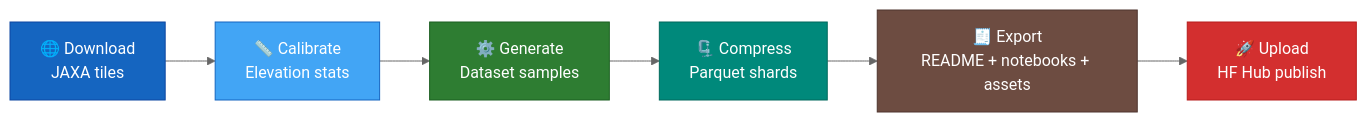
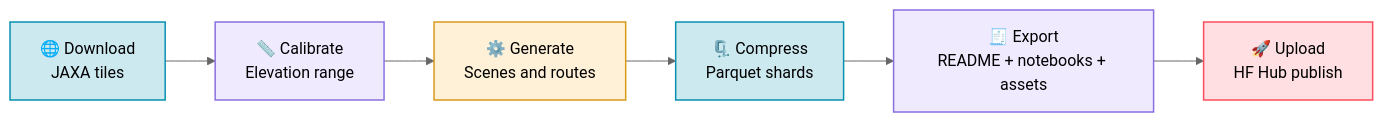
The diagram in docs/guide/index.md (ThalesGroup/passage), drawn with Mermaid (neutral theme) before and after one commit. The commit also changed other lines of this file and 597 other files, not shown here.

````diff
--- a/docs/guide/index.md
+++ b/docs/guide/index.md
@@ -33,15 +32,15 @@
 ```mermaid
 flowchart LR
-    A["🌐 Download\nJAXA tiles"] --> B["📏 Calibrate\nElevation stats"]
-    B --> C["⚙️ Generate\nDataset samples"]
-    C --> D["🗜️ Compress\nParquet shards"]
-    D --> E["🧾 Export\nREADME + notebooks + assets"]
-    E --> F["🚀 Upload\nHF Hub publish"]
+    A["🌐 Download<br>JAXA tiles"] --> B["📏 Calibrate<br>Elevation range"]
+    B --> C["⚙️ Generate<br>Scenes and routes"]
+    C --> D["🗜️ Compress<br>Parquet shards"]
+    D --> E["🧾 Export<br>README + notebooks + assets"]
+    E --> F["🚀 Upload<br>HF Hub publish"]
 
-    style A fill:#1565C0,color:#fff,stroke:#0D47A1
-    style B fill:#42A5F5,color:#fff,stroke:#1565C0
-    style C fill:#2E7D32,color:#fff,stroke:#1B5E20
-    style D fill:#00897B,color:#fff,stroke:#00695C
-    style E fill:#6D4C41,color:#fff,stroke:#4E342E
-    style F fill:#D32F2F,color:#fff,stroke:#B71C1C
+    style A fill:#0891b233,stroke:#0891b2,stroke-width:1.5px
+    style B fill:#a78bfa2e,stroke:#8b6fe0,stroke-width:1.5px
+    style C fill:#ffb93833,stroke:#d99a1b,stroke-width:1.5px
+    style D fill:#0891b233,stroke:#0891b2,stroke-width:1.5px
+    style E fill:#a78bfa2e,stroke:#8b6fe0,stroke-width:1.5px
+    style F fill:#ff4d5e2e,stroke:#ff4d5e,stroke-width:1.5px
 ```
````
